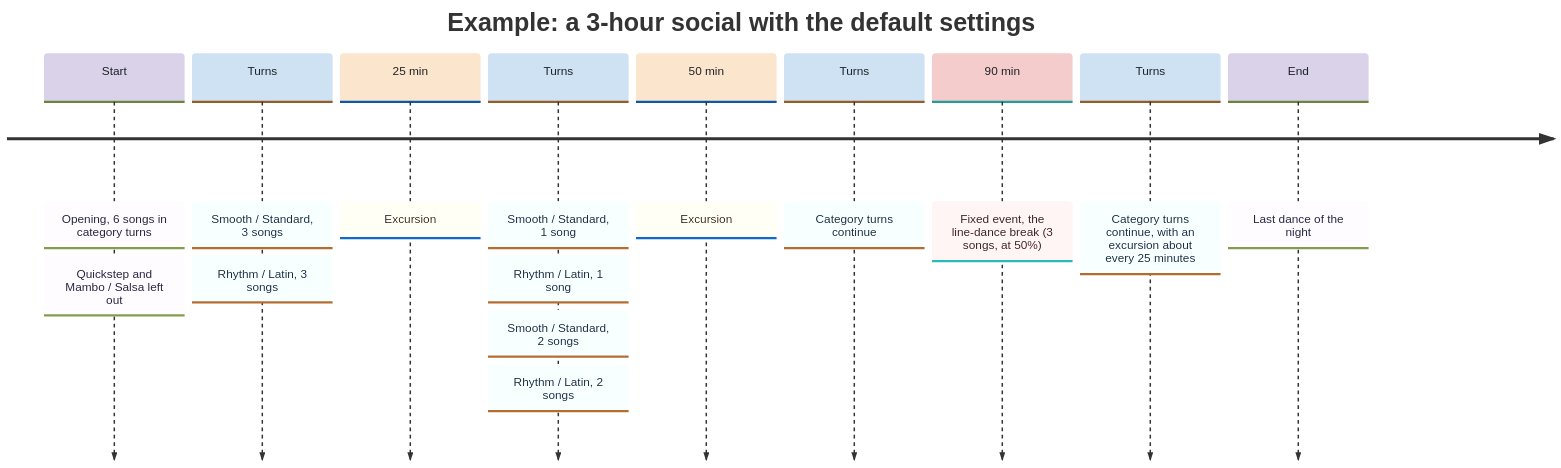
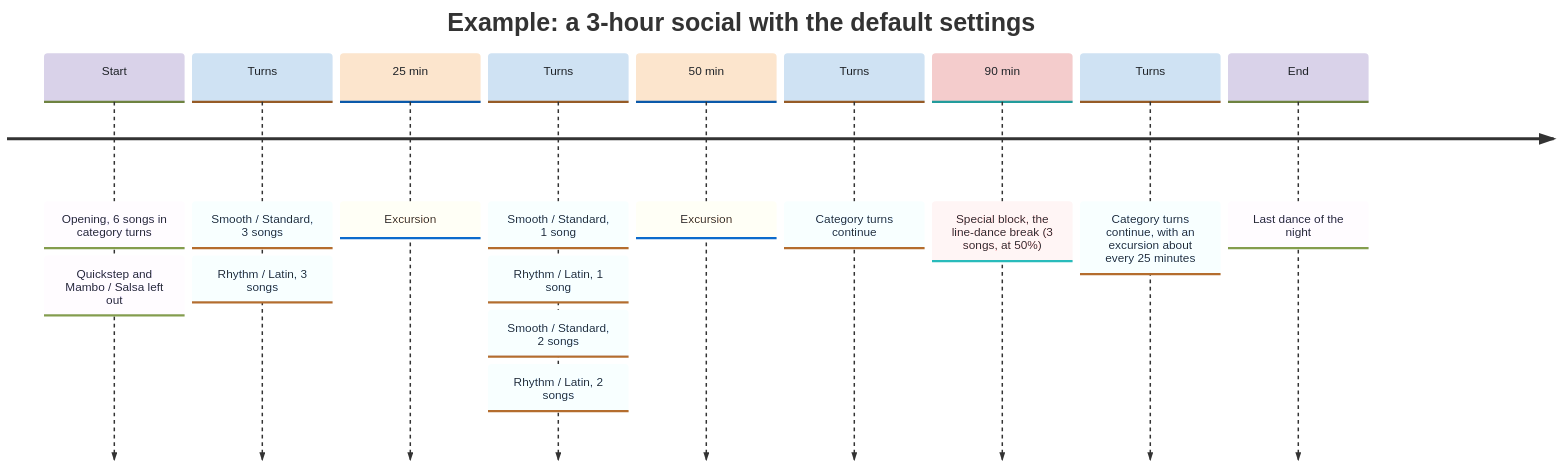
The second of 4 diagrams in README.md (maxluo97/ballroom-social-playlist-generator), drawn with Mermaid before and after one commit. The commit also changed other lines of this file and 3 other files, not shown here.

````diff
--- a/README.md
+++ b/README.md
@@ -75,14 +74,14 @@
 ```mermaid
 %%{init: {"theme": "base", "themeVariables": {"cScale0": "#d9d2e9", "cScaleLabel0": "#1f2328", "cScale1": "#cfe2f3", "cScaleLabel1": "#1f2328", "cScale2": "#fce5cd", "cScaleLabel2": "#1f2328", "cScale3": "#cfe2f3", "cScaleLabel3": "#1f2328", "cScale4": "#fce5cd", "cScaleLabel4": "#1f2328", "cScale5": "#cfe2f3", "cScaleLabel5": "#1f2328", "cScale6": "#f4cccc", "cScaleLabel6": "#1f2328", "cScale7": "#cfe2f3", "cScaleLabel7": "#1f2328", "cScale8": "#d9d2e9", "cScaleLabel8": "#1f2328"}}}%%
 timeline
   title Example: a 3-hour social with the default settings
   Start : Opening, 6 songs in category turns : Quickstep and Mambo / Salsa left out
   Turns : Smooth / Standard, 3 songs : Rhythm / Latin, 3 songs
   25 min : Excursion
   Turns : Smooth / Standard, 1 song : Rhythm / Latin, 1 song : Smooth / Standard, 2 songs : Rhythm / Latin, 2 songs
   50 min : Excursion
   Turns : Category turns continue
-  90 min : Fixed event, the line-dance break (3 songs, at 50%)
+  90 min : Special block, the line-dance break (3 songs, at 50%)
   Turns : Category turns continue, with an excursion about every 25 minutes
   End : Last dance of the night
 ```
````
